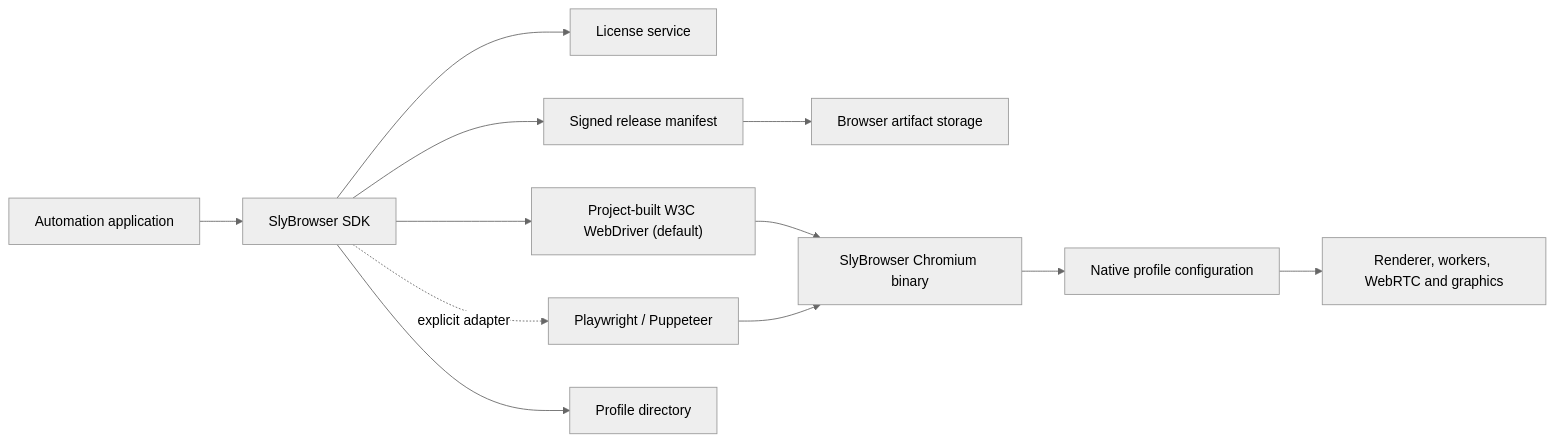
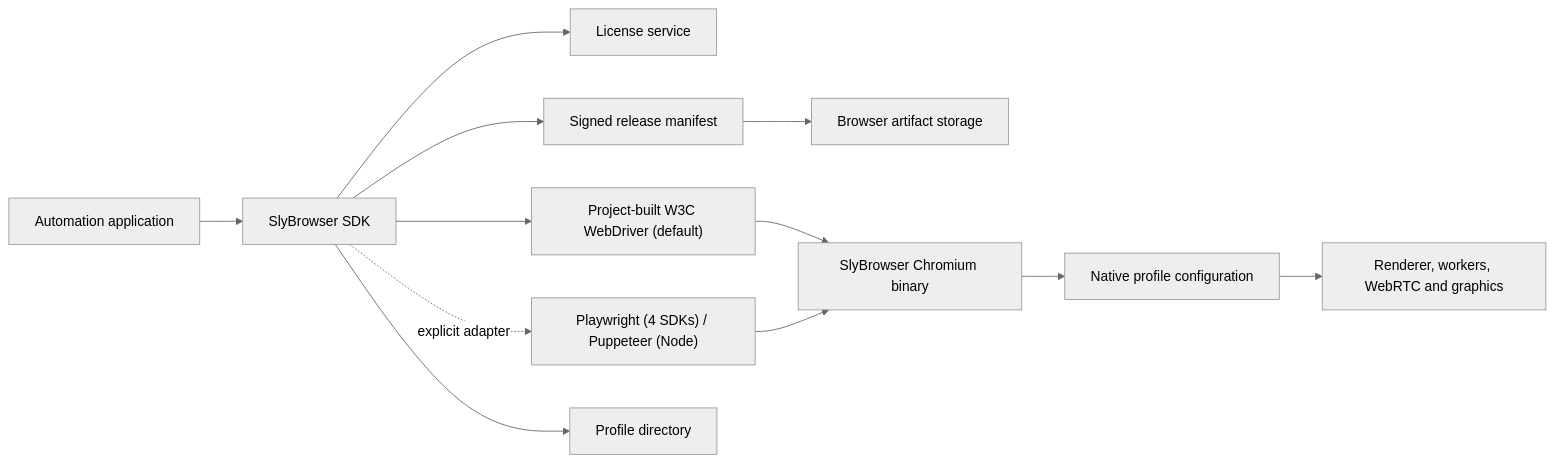
The diagram in docs/architecture.md (virtualfanc/slybrowser), drawn with Mermaid (neutral theme) before and after one commit. The commit also changed other lines of this file and 282 other files, not shown here.

````diff
--- a/docs/architecture.md
+++ b/docs/architecture.md
@@ -6,14 +6,14 @@
 ```mermaid
 flowchart LR
     U["Automation application"] --> S["SlyBrowser SDK"]
     S --> L["License service"]
     S --> R["Signed release manifest"]
     R --> A["Browser artifact storage"]
     S --> D["Project-built W3C WebDriver (default)"]
     D --> B["SlyBrowser Chromium binary"]
-    S -. "explicit adapter" .-> F["Playwright / Puppeteer"]
+    S -. "explicit adapter" .-> F["Playwright (4 SDKs) / Puppeteer (Node)"]
     F --> B
     S --> P["Profile directory"]
     B --> C["Native profile configuration"]
     C --> W["Renderer, workers, WebRTC and graphics"]
 ```
````
